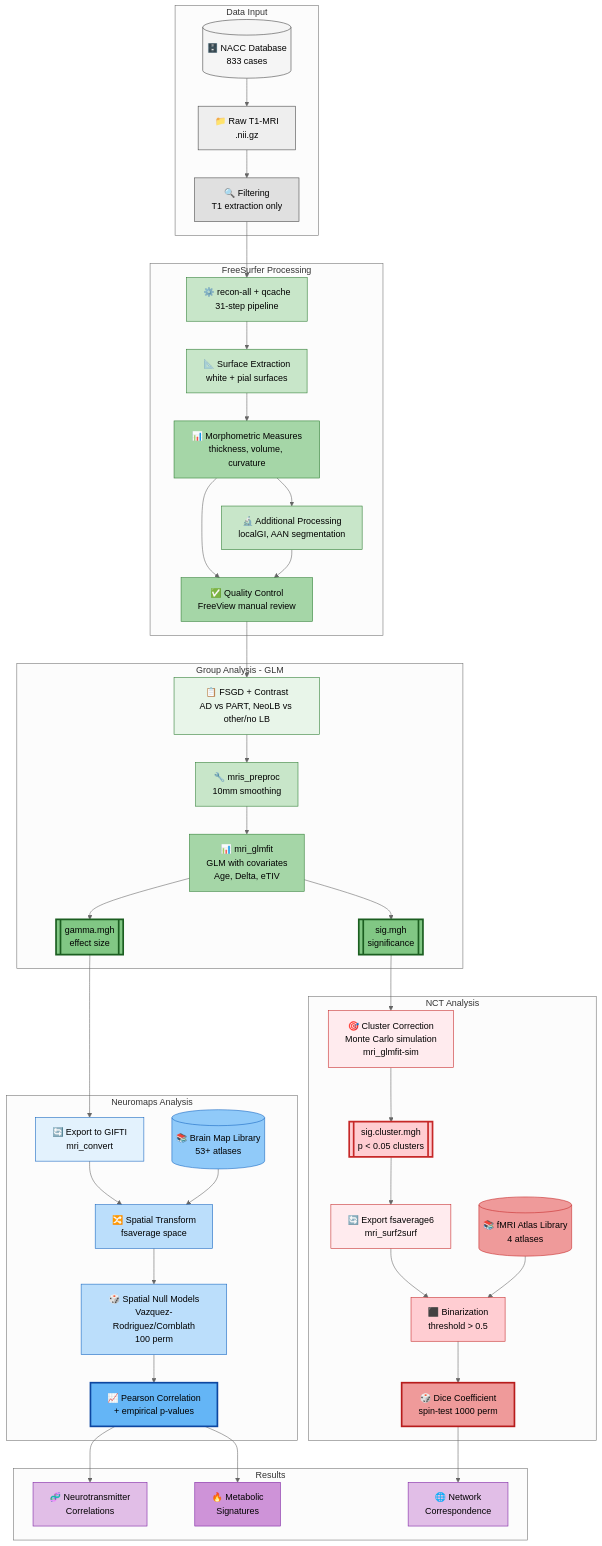
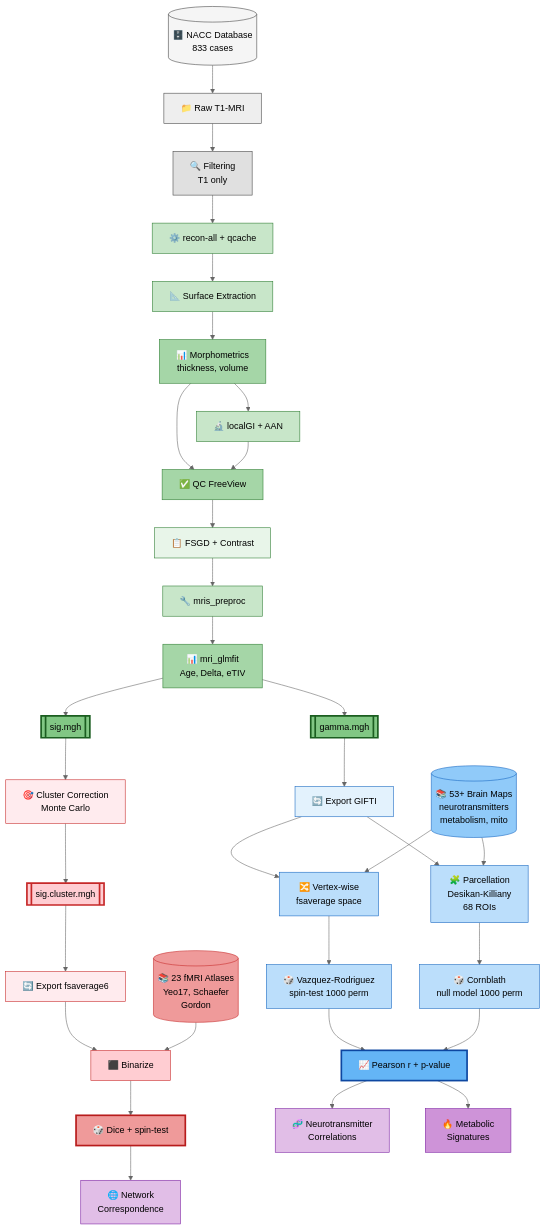
One commit to luisAraujo11/Thesis changed the diagram in README.md. Above: the diagram before and after it, drawn with Mermaid (neutral theme).

Commit message:
Final MD

````diff
--- a/README.md
+++ b/README.md
@@ -16,111 +16,74 @@
 ```mermaid
 flowchart TD
-    %% ============ DATA INPUT ============
-    subgraph INPUT["Data Input"]
-        A1[("🗄️ NACC Database<br/>833 cases")]
-        A2["📁 Raw T1-MRI<br/>.nii.gz"]
-        A3["🔍 Filtering<br/>T1 extraction only"]
-    end
+    %% DATA INPUT
+    A1[("🗄️ NACC Database<br/>833 cases")] --> A2["📁 Raw T1-MRI"] --> A3["🔍 Filtering<br/>T1 only"]
     
-    %% ============ FREESURFER PROCESSING ============
-    subgraph FS["FreeSurfer Processing"]
-        B1["⚙️ recon-all + qcache<br/>31-step pipeline"]
-        B2["📐 Surface Extraction<br/>white + pial surfaces"]
-        B3["📊 Morphometric Measures<br/>thickness, volume, curvature"]
-        B4["🔬 Additional Processing<br/>localGI, AAN segmentation"]
-        B5["✅ Quality Control<br/>FreeView manual review"]
-    end
+    %% FREESURFER
+    A3 --> B1["⚙️ recon-all + qcache"]
+    B1 --> B2["📐 Surface Extraction"] --> B3["📊 Morphometrics<br/>thickness, volume"]
+    B3 --> B4["🔬 localGI + AAN"]
+    B3 --> B5["✅ QC FreeView"]
+    B4 --> B5
     
-    %% ============ GROUP ANALYSIS ============
-    subgraph GA["Group Analysis - GLM"]
-        C1["📋 FSGD + Contrast<br/>AD vs PART, NeoLB vs other/no LB"]
-        C2["🔧 mris_preproc<br/>10mm smoothing"]
-        C3["📊 mri_glmfit<br/>GLM with covariates<br/>Age, Delta, eTIV"]
-        C4[["gamma.mgh<br/>effect size"]]
-        C5[["sig.mgh<br/>significance"]]
-    end
+    %% GROUP ANALYSIS
+    B5 --> C1["📋 FSGD + Contrast"]
+    C1 --> C2["🔧 mris_preproc"] --> C3["📊 mri_glmfit<br/>Age, Delta, eTIV"]
+    C3 --> C4[["gamma.mgh"]]
+    C3 --> C5[["sig.mgh"]]
     
-    %% ============ NEUROMAPS BRANCH ============
-    subgraph NM["Neuromaps Analysis"]
-        D1["🔄 Export to GIFTI<br/>mri_convert"]
-        D2["🔀 Spatial Transform<br/>fsaverage space"]
-        D3[("📚 Brain Map Library<br/>53+ atlases")]
-        D4["🎲 Spatial Null Models<br/>Vazquez-Rodriguez/Cornblath<br/>100 perm"]
-        D5["📈 Pearson Correlation<br/>+ empirical p-values"]
-    end
+    %% NEUROMAPS BRANCH - TWO PATHS
+    C4 --> D1["🔄 Export GIFTI"]
     
-    %% ============ NCT BRANCH ============
-    subgraph NCT["NCT Analysis"]
-        E1["🎯 Cluster Correction<br/>Monte Carlo simulation<br/>mri_glmfit-sim"]
-        E2[["sig.cluster.mgh<br/>p < 0.05 clusters"]]
-        E3["🔄 Export fsaverage6<br/>mri_surf2surf"]
-        E4["⬛ Binarization<br/>threshold > 0.5"]
-        E5[("📚 fMRI Atlas Library<br/>4 atlases")]
-        E6["🎲 Dice Coefficient<br/>spin-test 1000 perm"]
-    end
+    %% Vertex-wise path
+    D1 --> D2a["🔀 Vertex-wise<br/>fsaverage space"]
+    D3[("📚 53+ Brain Maps<br/>neurotransmitters<br/>metabolism, mito")] --> D2a
+    D2a --> D4a["🎲 Vazquez-Rodriguez<br/>spin-test 1000 perm"]
     
-    %% ============ RESULTS ============
-    subgraph RES["Results"]
-        F1["🧬 Neurotransmitter<br/>Correlations"]
-        F2["🔥 Metabolic<br/>Signatures"]
-        F3["🌐 Network<br/>Correspondence"]
-    end
+    %% Parcellated path
+    D1 --> D2b["🧩 Parcellation<br/>Desikan-Killiany<br/>68 ROIs"]
+    D3 --> D2b
+    D2b --> D4b["🎲 Cornblath<br/>null model 1000 perm"]
     
-    %% ============ CONNECTIONS ============
-    A1 --> A2 --> A3
-    A3 --> B1
-    B1 --> B2 --> B3
-    B3 --> B4
-    B3 --> B5
-    B4 --> B5
-    B5 --> C1
-    C1 --> C2 --> C3
-    C3 --> C4
-    C3 --> C5
+    %% Merge results
+    D4a --> D5["📈 Pearson r + p-value"]
+    D4b --> D5
     
-    %% Neuromaps branch
-    C4 --> D1 --> D2
-    D3 --> D2
-    D2 --> D4 --> D5
+    %% NCT BRANCH
+    C5 --> E1["🎯 Cluster Correction<br/>Monte Carlo"] --> E2[["sig.cluster.mgh"]]
+    E2 --> E3["🔄 Export fsaverage6"] --> E4["⬛ Binarize"]
+    E5[("📚 23 fMRI Atlases<br/>Yeo17, Schaefer<br/>Gordon")] --> E4
+    E4 --> E6["🎲 Dice + spin-test"]
     
-    %% NCT branch  
-    C5 --> E1 --> E2 --> E3 --> E4
-    E5 --> E4
-    E4 --> E6
+    %% RESULTS
+    D5 --> F1["🧬 Neurotransmitter<br/>Correlations"]
+    D5 --> F2["🔥 Metabolic<br/>Signatures"]
+    E6 --> F3["🌐 Network<br/>Correspondence"]
     
-    %% Results
-    D5 --> F1
-    D5 --> F2
-    E6 --> F3
-    
-    %% ============ STYLING - NODES ONLY ============
-    %% Input - Light Gray
+    %% STYLING
     style A1 fill:#f5f5f5,stroke:#424242,color:#000
     style A2 fill:#eeeeee,stroke:#424242,color:#000
     style A3 fill:#e0e0e0,stroke:#424242,color:#000
     
-    %% FreeSurfer - Light Green
     style B1 fill:#c8e6c9,stroke:#2e7d32,color:#000
     style B2 fill:#c8e6c9,stroke:#2e7d32,color:#000
     style B3 fill:#a5d6a7,stroke:#2e7d32,color:#000
     style B4 fill:#c8e6c9,stroke:#2e7d32,color:#000
     style B5 fill:#a5d6a7,stroke:#2e7d32,color:#000
     
-    %% Group Analysis - Light Green
     style C1 fill:#e8f5e9,stroke:#2e7d32,color:#000
     style C2 fill:#c8e6c9,stroke:#2e7d32,color:#000
     style C3 fill:#a5d6a7,stroke:#2e7d32,color:#000
     style C4 fill:#81c784,stroke:#1b5e20,color:#000,stroke-width:3px
     style C5 fill:#81c784,stroke:#1b5e20,color:#000,stroke-width:3px
     
-    %% Neuromaps - Light Blue
     style D1 fill:#e3f2fd,stroke:#1565c0,color:#000
-    style D2 fill:#bbdefb,stroke:#1565c0,color:#000
+    style D2a fill:#bbdefb,stroke:#1565c0,color:#000
+    style D2b fill:#bbdefb,stroke:#1565c0,color:#000
     style D3 fill:#90caf9,stroke:#1565c0,color:#000
-    style D4 fill:#bbdefb,stroke:#1565c0,color:#000
+    style D4a fill:#bbdefb,stroke:#1565c0,color:#000
+    style D4b fill:#bbdefb,stroke:#1565c0,color:#000
     style D5 fill:#64b5f6,stroke:#0d47a1,color:#000,stroke-width:3px
     
-    %% NCT - Light Pink/Red
     style E1 fill:#ffebee,stroke:#c62828,color:#000
     style E2 fill:#ffcdd2,stroke:#c62828,color:#000,stroke-width:3px
     style E3 fill:#ffebee,stroke:#c62828,color:#000
@@ -128,7 +91,6 @@
     style E5 fill:#ef9a9a,stroke:#c62828,color:#000
     style E6 fill:#ef9a9a,stroke:#b71c1c,color:#000,stroke-width:3px
     
-    %% Results - Light Purple
     style F1 fill:#e1bee7,stroke:#7b1fa2,color:#000
     style F2 fill:#ce93d8,stroke:#7b1fa2,color:#000
     style F3 fill:#e1bee7,stroke:#7b1fa2,color:#000
````
